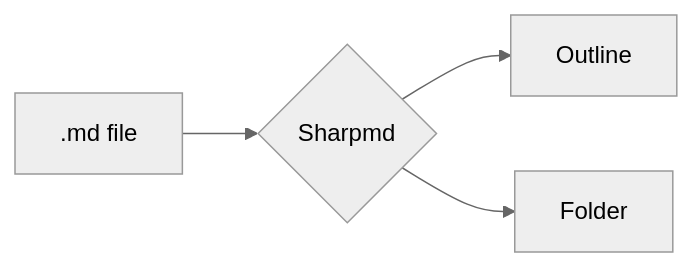
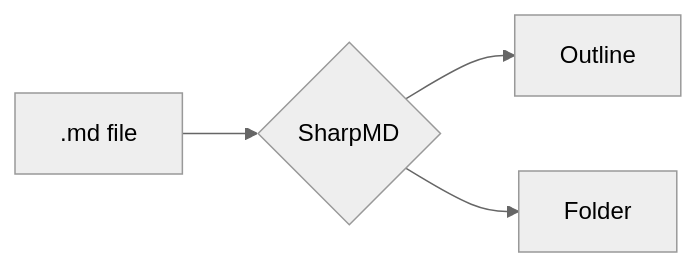
One commit to MR-Axel/md-tools changed the first of 2 diagrams in examples/sample.md. Above: the diagram before and after it, drawn with Mermaid (neutral theme). The commit also changed other lines of this file and 32 other files, not shown here.

````diff
--- a/examples/sample.md
+++ b/examples/sample.md
@@ -76,6 +76,6 @@
 ```mermaid
 graph LR
-  A[.md file] --> B{Sharpmd}
+  A[.md file] --> B{SharpMD}
   B --> C[Outline]
   B --> D[Folder]
 ```
````
